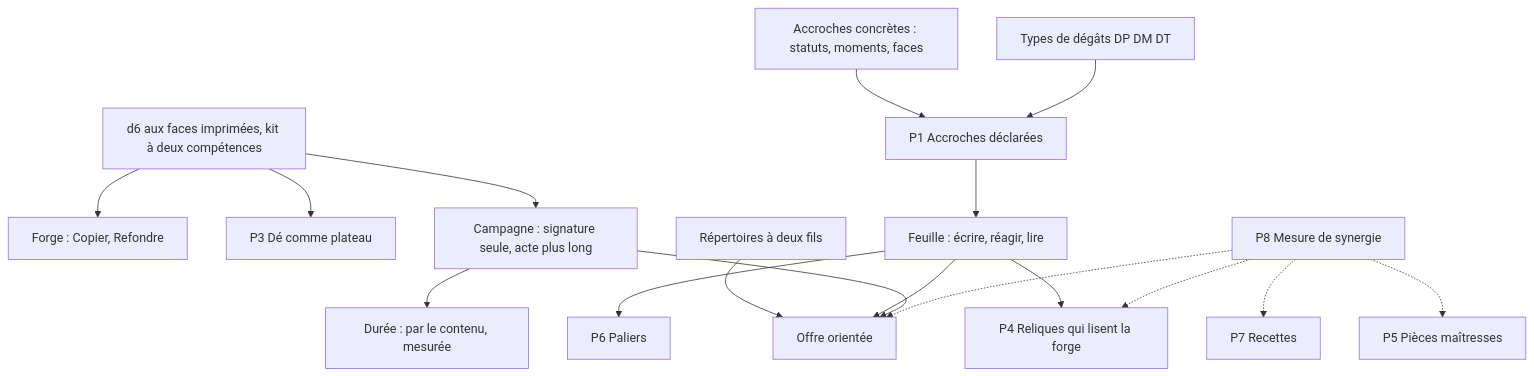
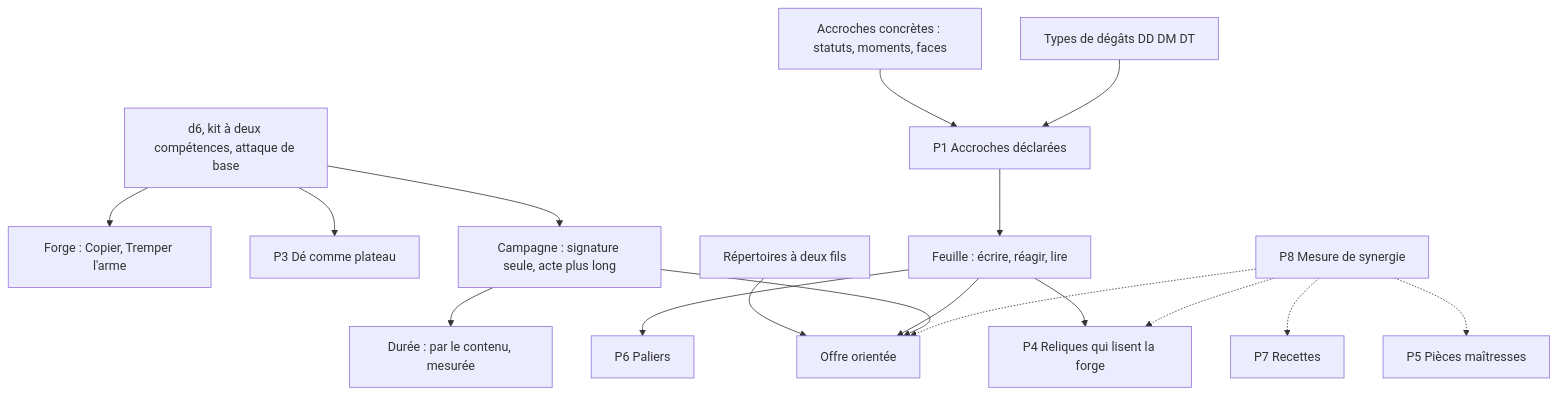
Before and after one commit to Citcatjoe/battler: the second of 3 diagrams in docs/PROGRESSION.md, drawn with Mermaid. The commit also changed other lines of this file and 65 other files, not shown here.

Commit message:
Battler v0.106.0, règles v2 phase 5 bis : l'attaque de base (un coup DD ou DM à chaque jet, compétences greffées, modifiantes ou remplaçantes), Tremper l'arme, courbe de campagne abaissée, DP renommé DD

````diff
--- a/docs/PROGRESSION.md
+++ b/docs/PROGRESSION.md
@@ -955,19 +1031,19 @@
 ```mermaid
 flowchart TD
-  D6[d6 aux faces imprimées, kit à deux compétences] --> FORGE[Forge : Copier, Refondre]
+  D6[d6, kit à deux compétences, attaque de base] --> FORGE[Forge : Copier, Tremper l'arme]
   D6 --> P3[P3 Dé comme plateau]
   D6 --> CAMP[Campagne : signature seule, acte plus long]
   ACC[Accroches concrètes : statuts, moments, faces] --> P1[P1 Accroches déclarées]
-  TYPES[Types de dégâts DP DM DT] --> P1
+  TYPES[Types de dégâts DD DM DT] --> P1
   P1 --> FEUILLE[Feuille : écrire, réagir, lire]
   REP[Répertoires à deux fils] --> OFFRE[Offre orientée]
   FEUILLE --> OFFRE
   FEUILLE --> P4[P4 Reliques qui lisent la forge]
   FEUILLE --> P6[P6 Paliers]
   CAMP --> OFFRE
   CAMP --> DUREE[Durée : par le contenu, mesurée]
   P8[P8 Mesure de synergie] -.-> OFFRE
   P8 -.-> P4
   P8 -.-> P5[P5 Pièces maîtresses]
   P8 -.-> P7[P7 Recettes]
 ```
````
